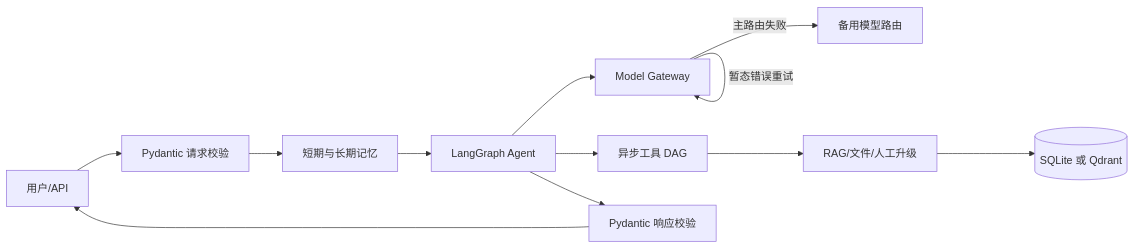
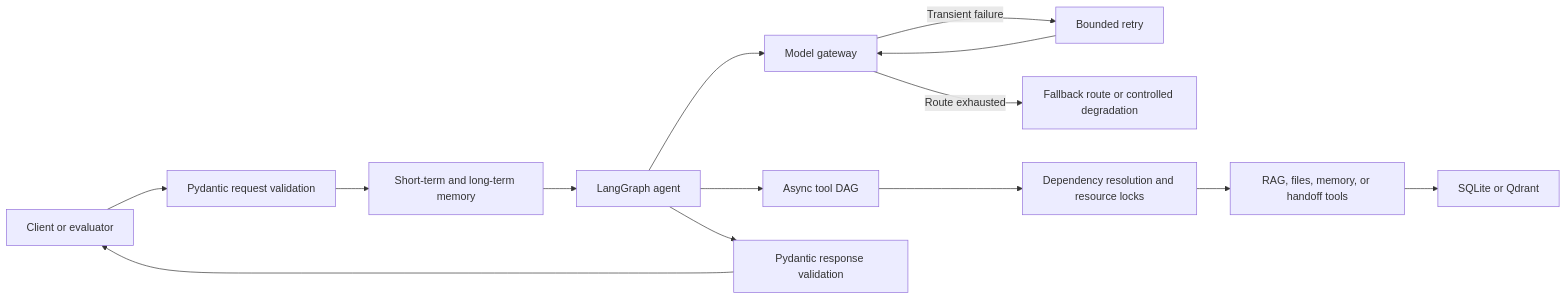
Before and after one commit to Cchena1/agentforge: the diagram in README.md, drawn with Mermaid. The commit also changed other lines of this file, not shown here.

````diff
--- a/README.md
+++ b/README.md
@@ -24,14 +45,16 @@
 ```mermaid
 flowchart LR
-    U[用户/API] --> V[Pydantic 请求校验]
-    V --> M[短期与长期记忆]
-    M --> G[LangGraph Agent]
-    G --> L[Model Gateway]
-    L -->|暂态错误重试| L
-    L -->|主路由失败| F[备用模型路由]
-    G --> T[异步工具 DAG]
-    T --> R[RAG/文件/人工升级]
-    R --> Q[(SQLite 或 Qdrant)]
-    G --> O[Pydantic 响应校验]
+    U["Client or evaluator"] --> V["Pydantic request validation"]
+    V --> M["Short-term and long-term memory"]
+    M --> G["LangGraph agent"]
+    G --> L["Model gateway"]
+    L -->|"Transient failure"| RT["Bounded retry"]
+    RT --> L
+    L -->|"Route exhausted"| FB["Fallback route or controlled degradation"]
+    G --> T["Async tool DAG"]
+    T --> LK["Dependency resolution and resource locks"]
+    LK --> R["RAG, files, memory, or handoff tools"]
+    R --> Q["SQLite or Qdrant"]
+    G --> O["Pydantic response validation"]
     O --> U
 ```
````
